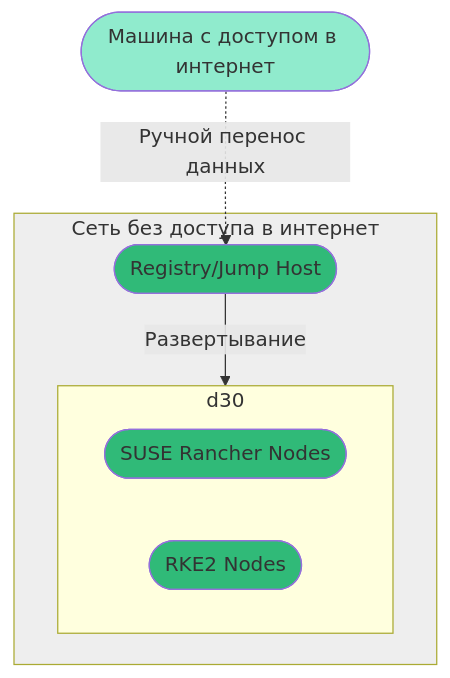
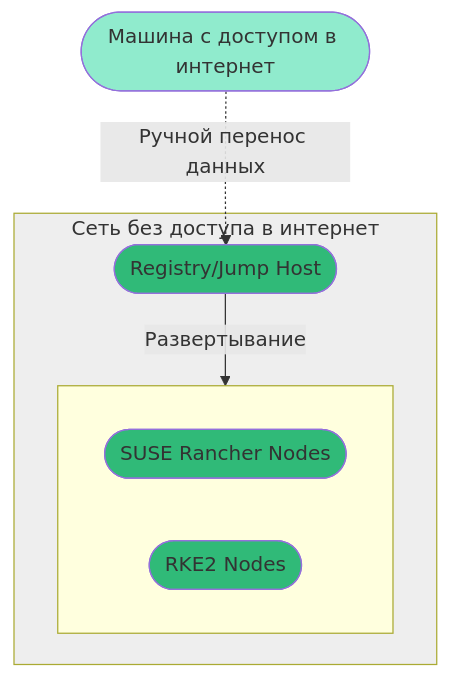
The diagram in README.md (ppzhukov/airgap-10.2022), drawn with Mermaid before and after one commit.

````diff
--- a/README.md
+++ b/README.md
@@ -11,20 +11,20 @@
 ```mermaid
 flowchart TB
 style id1 fill:#90EBCD
 style id2 fill:#30BA78
 style id3 fill:#30BA78
 style id4 fill:#30BA78
 style d10 fill:#EEEEEE
 
   id1([Машина с доступом в интернет])
   direction LR
   id1 -.Ручной перенос данных.-> id2  
   subgraph d10 ["Сеть без доступа в интернет"]
     id2(["Registry/Jump Host"])
     id2 --> |Развертывание| d30
-    subgraph d30
+    subgraph d30 [" "]
       id3([SUSE Rancher Nodes])
       id4([RKE2 Nodes])
     end
   end
 ```
````
